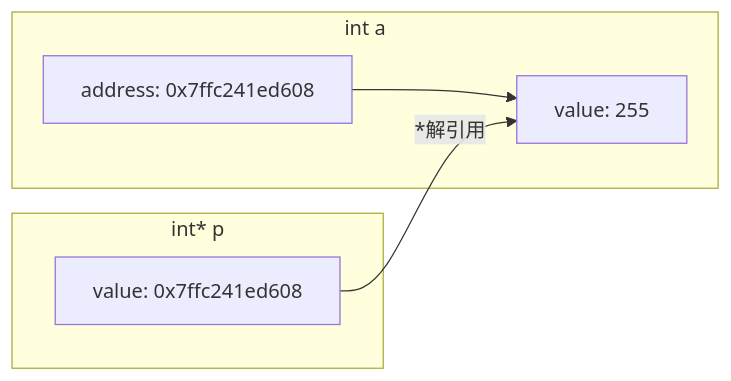
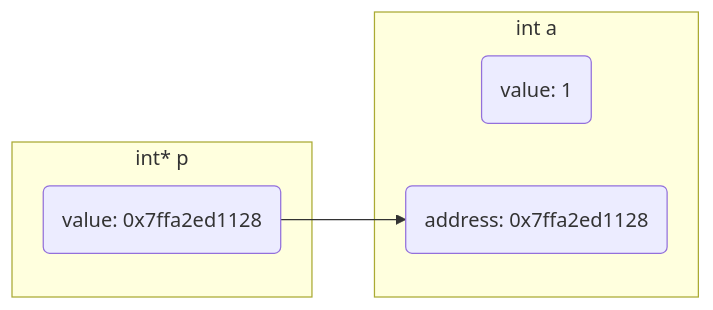
The second of 10 diagrams in _posts/c_c++/pointer/2022-01-08-pointer.md (dmjcb/dmjcb.github.io), drawn with Mermaid before and after one commit. The commit also changed other lines of this file and 22 other files, not shown here.

````diff
--- a/_posts/c_c++/pointer/2022-01-08-pointer.md
+++ b/_posts/c_c++/pointer/2022-01-08-pointer.md
@@ -98,13 +68,11 @@
 ```mermaid
 graph LR;
     subgraph a[int a]
-        V2[value: 255]
-        A2[address: 0x7ffc241ed608]
-        A2-->V2
+        V2(value: 1)
+        A2(address: 0x7ffa2ed1128)
     end
     subgraph p[int* p]
-        V1[value: 0x7ffc241ed608]
+        V1(value: 0x7ffa2ed1128)
     end
-    V1--"*解引用"-->V2
-
+    V1-->A2
 ```
````
